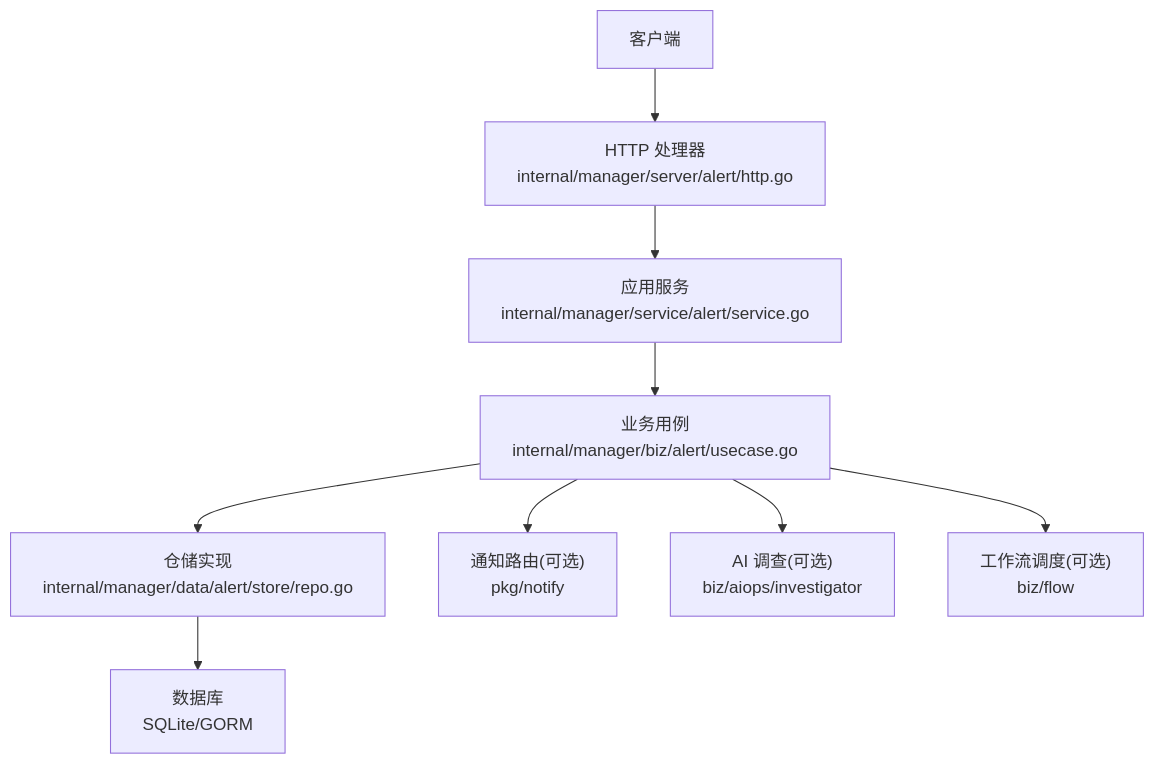
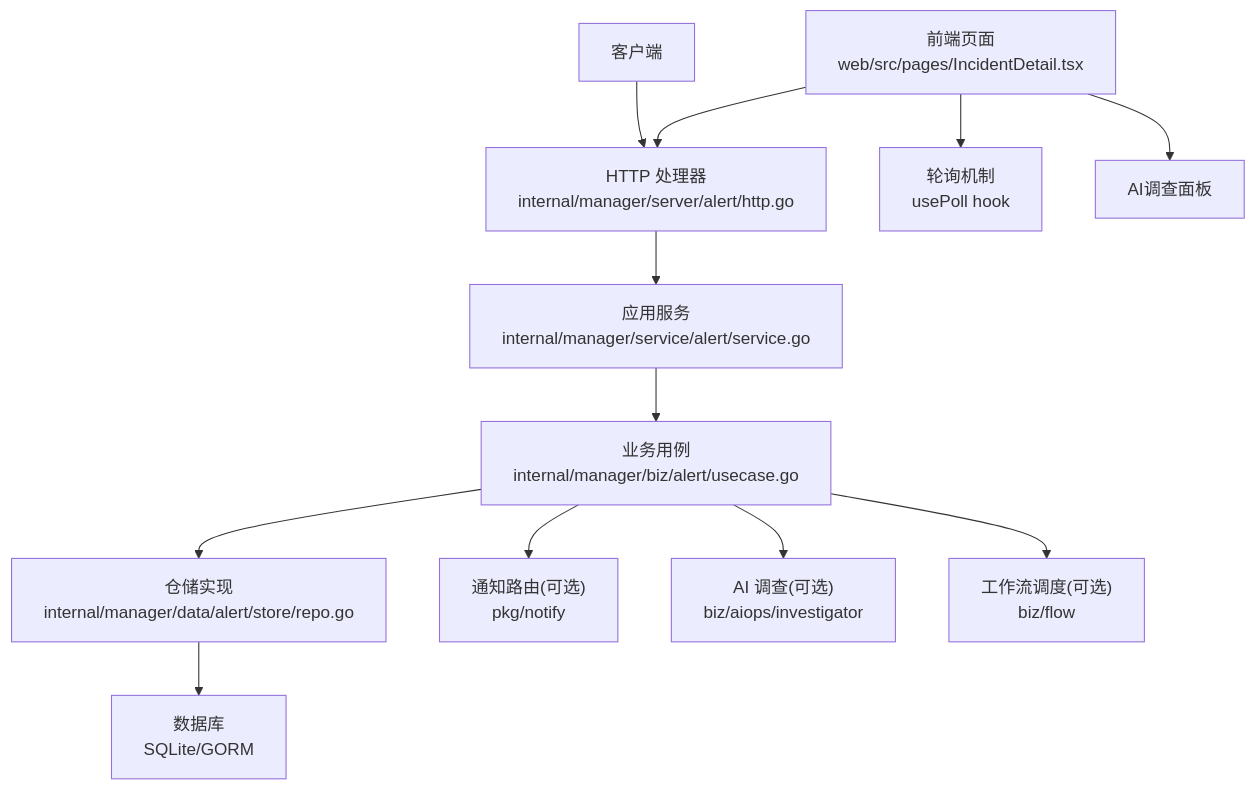
One commit to xied1133-oss/ongrid changed the first of 10 diagrams in .qoder/repowiki/zh/content/前端应用/API 集成/业务接口/告警管理接口/告警事件管理.md. Above: the diagram before and after it, drawn with Mermaid. The commit also changed other lines of this file and 298 other files, not shown here.

````diff
--- a/.qoder/repowiki/zh/content/前端应用/API 集成/业务接口/告警管理接口/告警事件管理.md
+++ b/.qoder/repowiki/zh/content/前端应用/API 集成/业务接口/告警管理接口/告警事件管理.md
@@ -36,11 +50,14 @@
 ```mermaid
 graph TB
 Client["客户端"] --> HTTP["HTTP 处理器<br/>internal/manager/server/alert/http.go"]
 HTTP --> Service["应用服务<br/>internal/manager/service/alert/service.go"]
 Service --> Biz["业务用例<br/>internal/manager/biz/alert/usecase.go"]
 Biz --> Repo["仓储实现<br/>internal/manager/data/alert/store/repo.go"]
 Repo --> DB["数据库<br/>SQLite/GORM"]
 Biz --> Notify["通知路由(可选)<br/>pkg/notify"]
 Biz --> AI["AI 调查(可选)<br/>biz/aiops/investigator"]
 Biz --> Flow["工作流调度(可选)<br/>biz/flow"]
+Frontend["前端页面<br/>web/src/pages/IncidentDetail.tsx"] --> HTTP
+Frontend --> Polling["轮询机制<br/>usePoll hook"]
+Frontend --> AIPanel["AI调查面板"]
 ```
````
